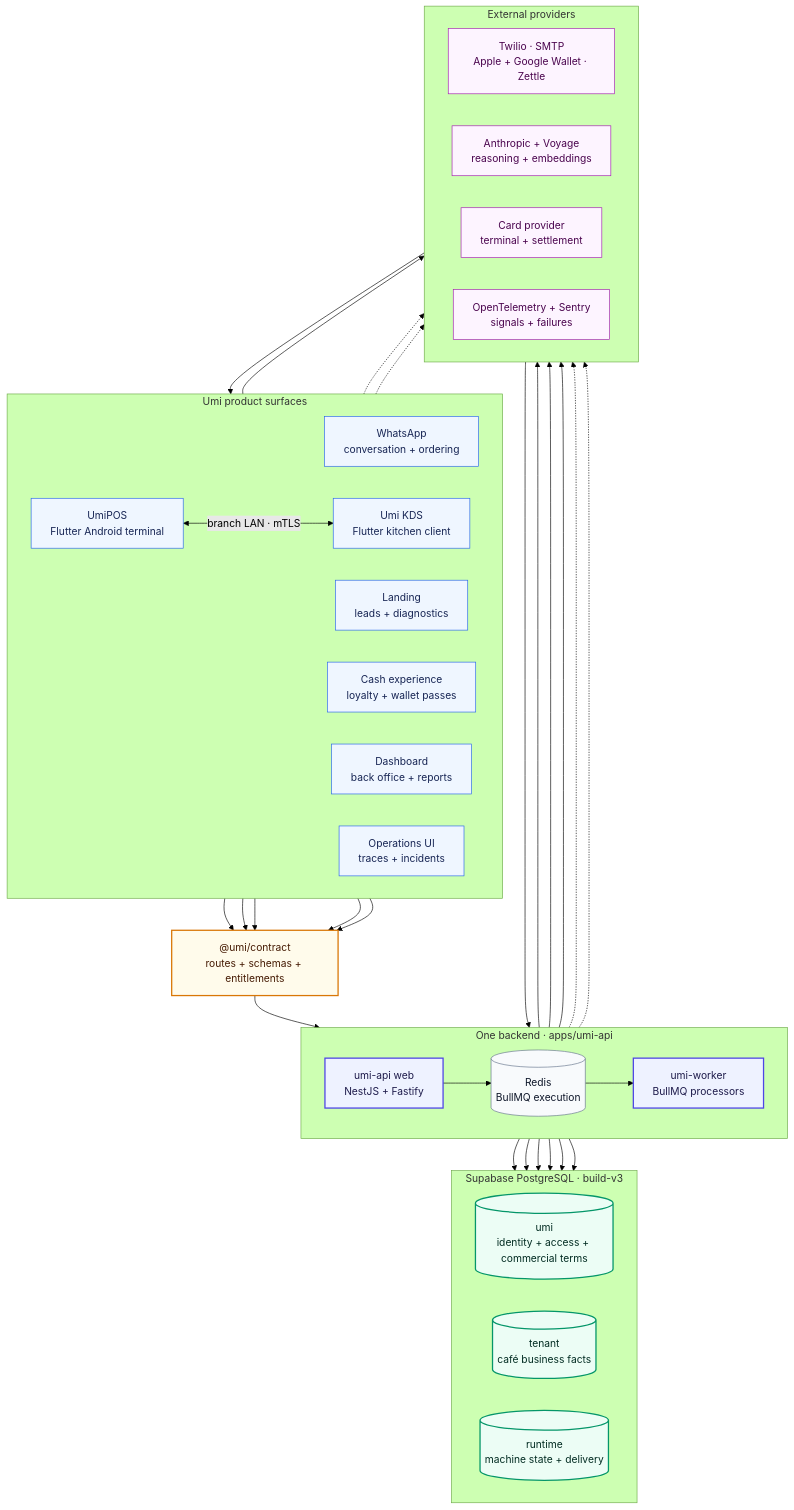
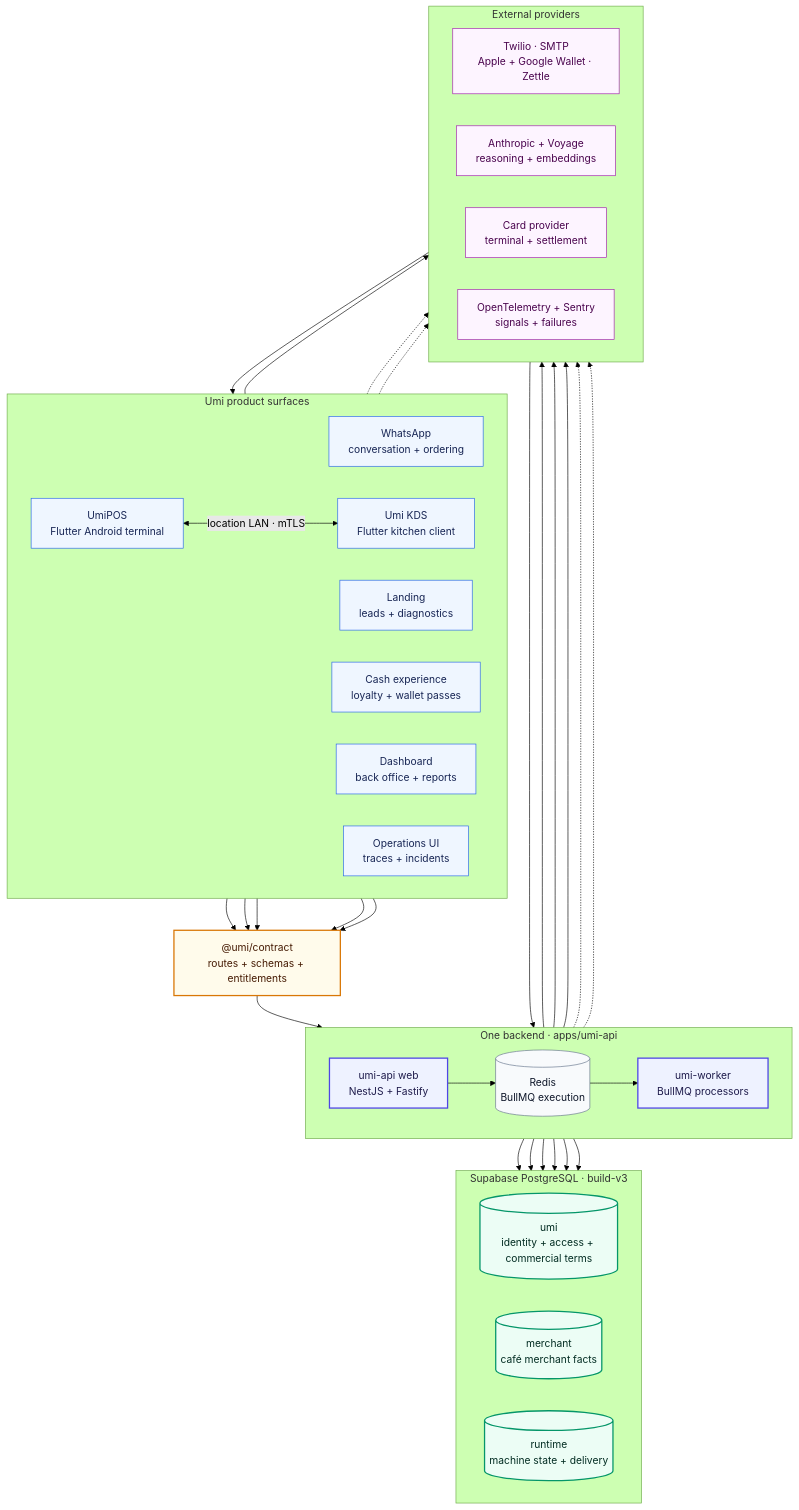
Before and after one commit to umiconsulting/umi: the first of 17 diagrams in docs/architecture/umi-platform-architecture-presentation.md, drawn with Mermaid (forest theme). The commit also changed other lines of this file and 214 other files, not shown here.

````diff
--- a/docs/architecture/umi-platform-architecture-presentation.md
+++ b/docs/architecture/umi-platform-architecture-presentation.md
@@ -10,72 +10,72 @@
 ```mermaid
 flowchart TB
   classDef app fill:#eff6ff,stroke:#2563eb,color:#172554,stroke-width:1px
   classDef api fill:#eef2ff,stroke:#4f46e5,color:#1e1b4b,stroke-width:2px
   classDef data fill:#ecfdf5,stroke:#059669,color:#022c22,stroke-width:2px
   classDef infra fill:#f8fafc,stroke:#64748b,color:#0f172a,stroke-width:1px
   classDef external fill:#fdf4ff,stroke:#a21caf,color:#4a044e,stroke-width:1px
   classDef contract fill:#fffbeb,stroke:#d97706,color:#451a03,stroke-width:2px
 
   subgraph Surfaces["Umi product surfaces"]
     direction LR
     WA["WhatsApp<br/>conversation + ordering"]:::app
     Landing["Landing<br/>leads + diagnostics"]:::app
     Wallet["Cash experience<br/>loyalty + wallet passes"]:::app
     Dashboard["Dashboard<br/>back office + reports"]:::app
     POS["UmiPOS<br/>Flutter Android terminal"]:::app
     KDS["Umi KDS<br/>Flutter kitchen client"]:::app
     Ops["Operations UI<br/>traces + incidents"]:::app
   end
 
   Contract["@umi/contract<br/>routes + schemas + entitlements"]:::contract
 
   subgraph Backend["One backend · apps/umi-api"]
     direction LR
     Web["umi-api web<br/>NestJS + Fastify"]:::api
     Redis[("Redis<br/>BullMQ execution")]:::infra
     Worker["umi-worker<br/>BullMQ processors"]:::api
     Web --> Redis --> Worker
   end
 
   subgraph Store["Supabase PostgreSQL · build-v3"]
     direction LR
     Umi[("umi<br/>identity + access + commercial terms")]:::data
-    Tenant[("tenant<br/>café business facts")]:::data
+    Merchant[("merchant<br/>café merchant facts")]:::data
     Runtime[("runtime<br/>machine state + delivery")]:::data
   end
 
   subgraph Providers["External providers"]
     direction LR
     Channel["Twilio · SMTP<br/>Apple + Google Wallet · Zettle"]:::external
     AI["Anthropic + Voyage<br/>reasoning + embeddings"]:::external
     Payments["Card provider<br/>terminal + settlement"]:::external
     Telemetry["OpenTelemetry + Sentry<br/>signals + failures"]:::external
   end
 
   WA --> Channel --> Web
   Landing --> Contract
   Wallet --> Contract
   Dashboard --> Contract
   POS --> Contract
   KDS --> Contract
   Contract --> Web
 
-  POS <-->|"branch LAN · mTLS"| KDS
+  POS <-->|"location LAN · mTLS"| KDS
 
   Web --> Umi
-  Web --> Tenant
+  Web --> Merchant
   Web --> Runtime
   Worker --> Umi
-  Worker --> Tenant
+  Worker --> Merchant
   Worker --> Runtime
 
   Worker --> Channel
   Worker --> AI
   Web --> Payments
 
   Web -.-> Telemetry
   Worker -.-> Telemetry
   POS -.-> Telemetry
   KDS -.-> Telemetry
   Telemetry --> Ops
 ```
````
